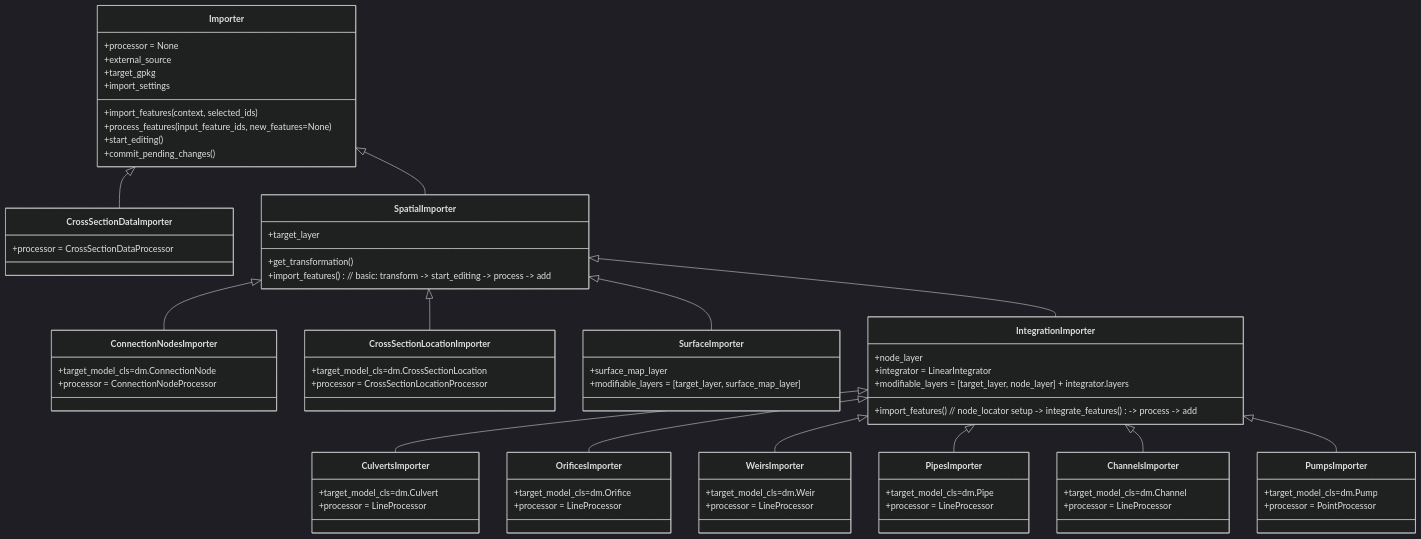
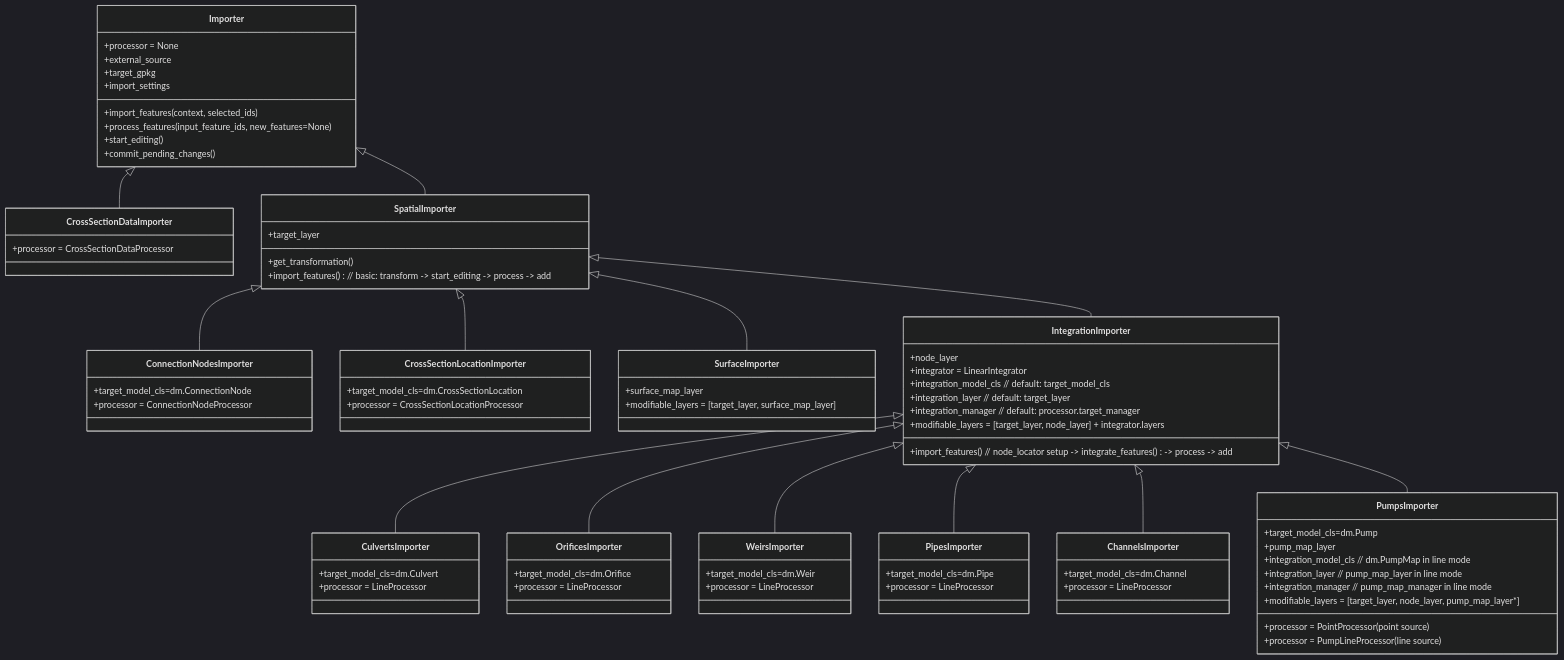
One commit to nens/threedi-schematisation-editor changed the third of 5 diagrams in threedi_schematisation_editor/vector_data_importer/DESIGN.md. Above: the diagram before and after it, drawn with Mermaid (dark theme). The commit also changed other lines of this file, not shown here.

First line of the commit message:
docs(importer): update DESIGN.md for HyDaMo pump line mode

````diff
--- a/threedi_schematisation_editor/vector_data_importer/DESIGN.md
+++ b/threedi_schematisation_editor/vector_data_importer/DESIGN.md
@@ -171,6 +171,9 @@
     class IntegrationImporter {
         +node_layer
         +integrator = LinearIntegrator
+        +integration_model_cls  // default: target_model_cls
+        +integration_layer      // default: target_layer
+        +integration_manager    // default: processor.target_manager
         +modifiable_layers = [target_layer, node_layer] + integrator.layers
         +import_features() // node_locator setup -> integrate_features() -> process -> add
     }
@@ -202,7 +205,13 @@
 
     class PumpsImporter {
         +target_model_cls=dm.Pump
-        +processor = PointProcessor
+        +pump_map_layer
+        +processor = PointProcessor (point source)
+        +processor = PumpLineProcessor (line source)
+        +integration_model_cls  // dm.PumpMap in line mode
+        +integration_layer      // pump_map_layer in line mode
+        +integration_manager    // pump_map_manager in line mode
+        +modifiable_layers = [target_layer, node_layer, pump_map_layer*]
     }
 
 ```
````
